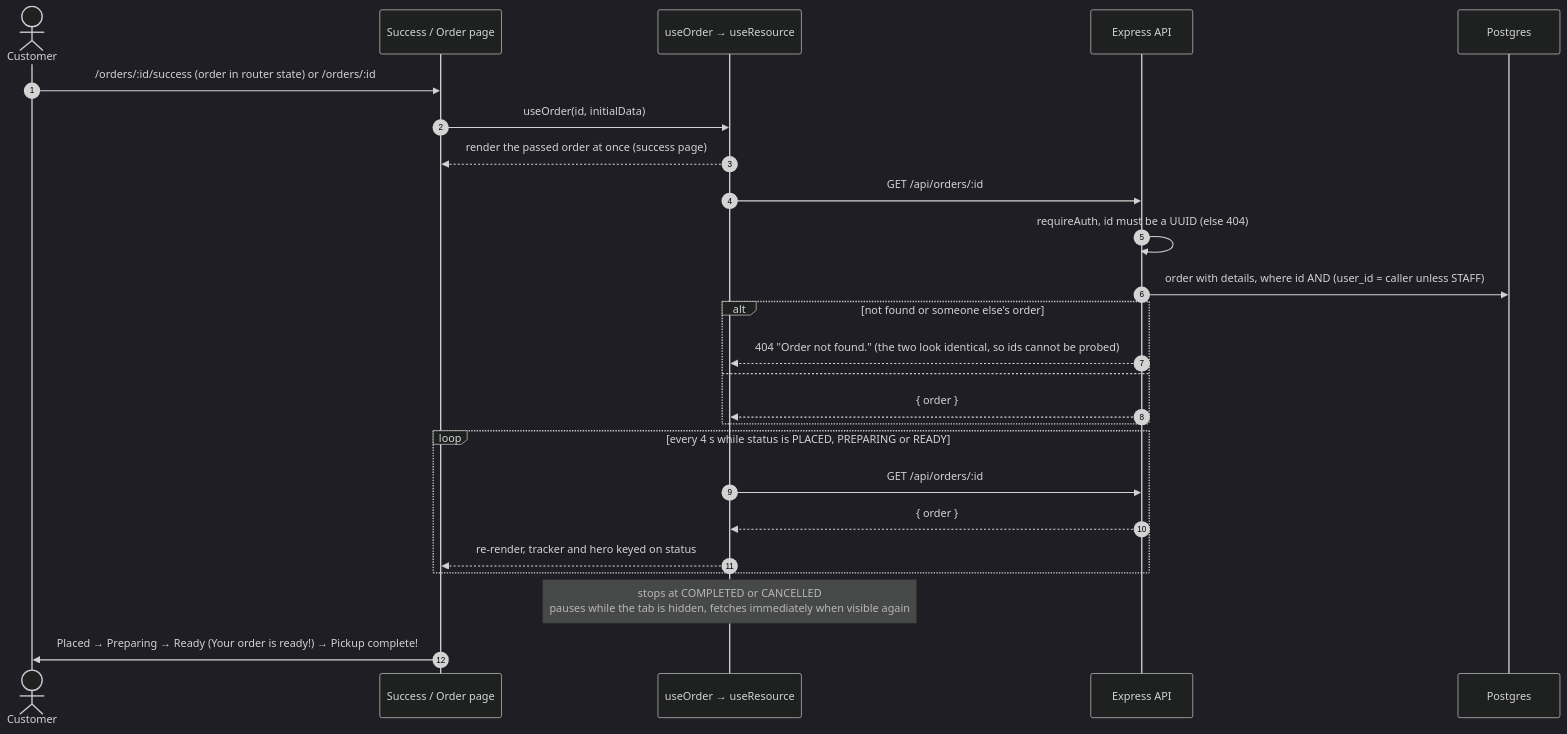
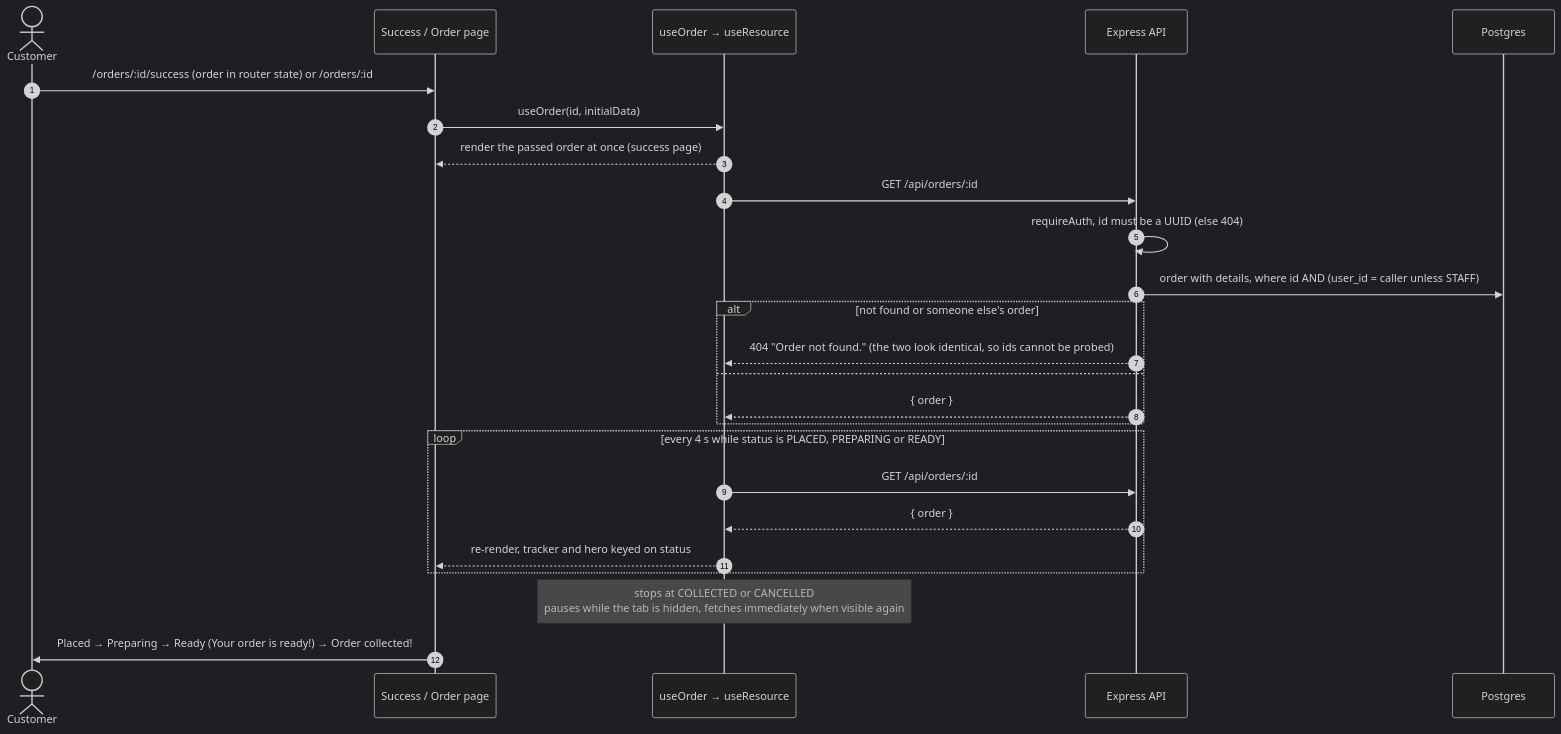
Diagram 16 of 27 in docs/ARCHITECTURE.md (The-KhaNha/KhaNha), drawn with Mermaid (dark theme) before and after one commit. The commit also changed other lines of this file and 69 other files, not shown here.

````diff
--- a/docs/ARCHITECTURE.md
+++ b/docs/ARCHITECTURE.md
@@ -587,28 +604,28 @@
 ```mermaid
 sequenceDiagram
   autonumber
   actor U as Customer
   participant P as Success / Order page
   participant R as useOrder → useResource
   participant API as Express API
   participant DB as Postgres
 
   U->>P: /orders/:id/success (order in router state) or /orders/:id
   P->>R: useOrder(id, initialData)
   R-->>P: render the passed order at once (success page)
   R->>API: GET /api/orders/:id
   API->>API: requireAuth, id must be a UUID (else 404)
   API->>DB: order with details, where id AND (user_id = caller unless STAFF)
   alt not found or someone else's order
     API-->>R: 404 "Order not found." (the two look identical, so ids cannot be probed)
   else
     API-->>R: { order }
   end
   loop every 4 s while status is PLACED, PREPARING or READY
     R->>API: GET /api/orders/:id
     API-->>R: { order }
     R-->>P: re-render, tracker and hero keyed on status
   end
-  Note over R: stops at COMPLETED or CANCELLED<br/>pauses while the tab is hidden, fetches immediately when visible again
-  P->>U: Placed → Preparing → Ready (Your order is ready!) → Pickup complete!
+  Note over R: stops at COLLECTED or CANCELLED<br/>pauses while the tab is hidden, fetches immediately when visible again
+  P->>U: Placed → Preparing → Ready (Your order is ready!) → Order collected!
 ```
````
